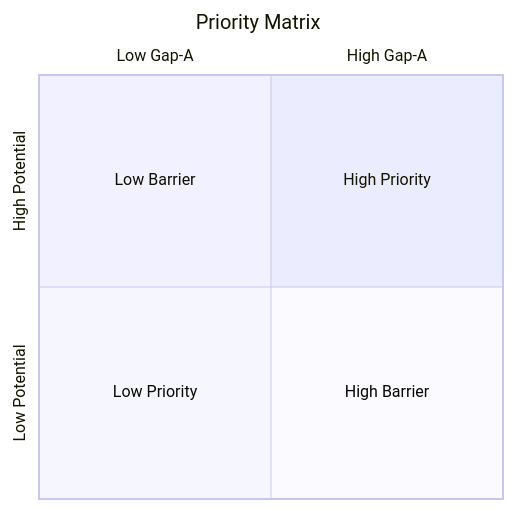
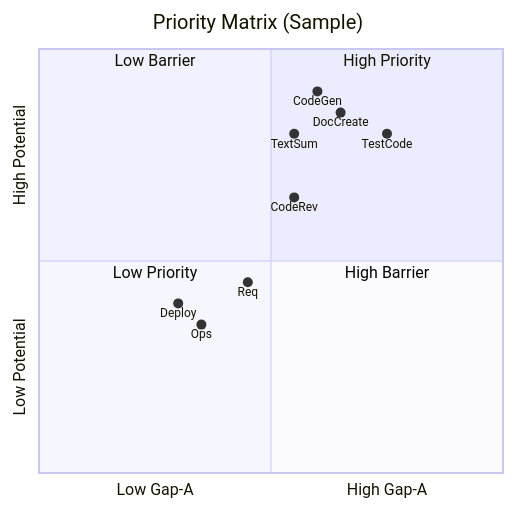
One commit to ot-nemoto/driving-ai-adoption changed the second of 4 diagrams in docs/analysis-plan.md. Above: the diagram before and after it, drawn with Mermaid. The commit also changed other lines of this file, not shown here.

````diff
--- a/docs/analysis-plan.md
+++ b/docs/analysis-plan.md
@@ -52,10 +52,18 @@
 ```mermaid
 quadrantChart
-    title Priority Matrix
+    title Priority Matrix (Sample)
     x-axis Low Gap-A --> High Gap-A
     y-axis Low Potential --> High Potential
     quadrant-1 High Priority
     quadrant-2 Low Barrier
     quadrant-3 Low Priority
     quadrant-4 High Barrier
+    TestCode: [0.75, 0.80]
+    DocCreate: [0.65, 0.85]
+    CodeGen: [0.60, 0.90]
+    TextSum: [0.55, 0.80]
+    CodeRev: [0.55, 0.65]
+    Req: [0.45, 0.45]
+    Deploy: [0.30, 0.40]
+    Ops: [0.35, 0.35]
 ```
````
